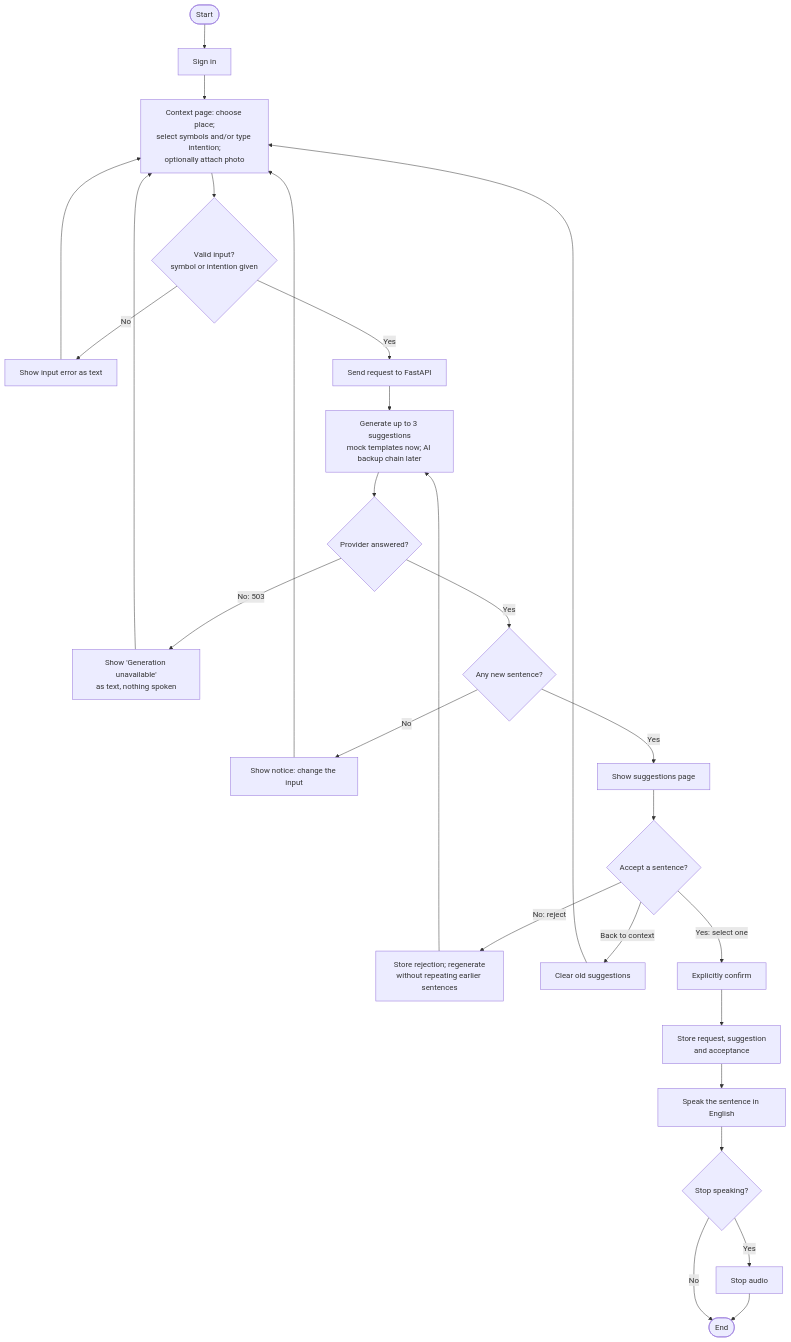
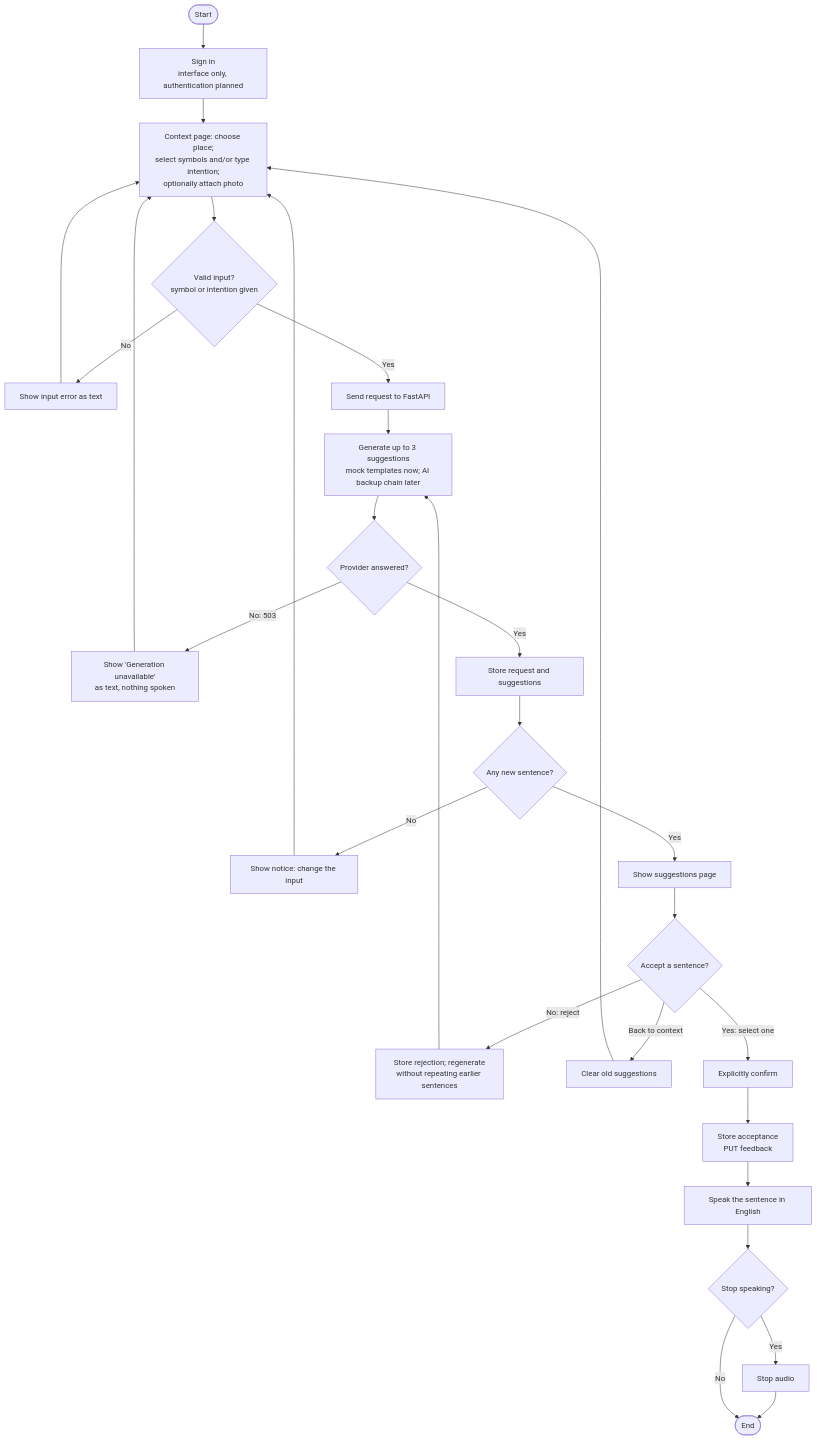
The third of 5 diagrams in docs/requirements/SRS.md (bhsei/26B), drawn with Mermaid before and after one commit. The commit also changed other lines of this file, not shown here.

Commit message:
W7 - SRS v0.5; fixed the 24 internal review issues: reuse endpoint, measurable criteria, 4 new requirements (accessibility, no suggestions, backup models, reuse), re-checked evidence with traceability, W7/W12/W16 milestones, corrected figures, owners and open decisions

````diff
--- a/docs/requirements/SRS.md
+++ b/docs/requirements/SRS.md
@@ -358,23 +454,24 @@
 ```mermaid
 flowchart TD
-    S([Start]) --> L[Sign in]
+    S([Start]) --> L[Sign in<br/>interface only, authentication planned]
     L --> C[Context page: choose place;<br/>select symbols and/or type intention;<br/>optionally attach photo]
     C --> V{Valid input?<br/>symbol or intention given}
     V -- No --> E1[Show input error as text] --> C
     V -- Yes --> R[Send request to FastAPI]
     R --> G[Generate up to 3 suggestions<br/>mock templates now; AI backup chain later]
     G --> P{Provider answered?}
     P -- "No: 503" --> E2[Show 'Generation unavailable'<br/>as text, nothing spoken] --> C
-    P -- Yes --> N{Any new sentence?}
+    P -- Yes --> ST[Store request and suggestions]
+    ST --> N{Any new sentence?}
     N -- No --> E3[Show notice: change the input] --> C
     N -- Yes --> SG[Show suggestions page]
     SG --> A{Accept a sentence?}
     A -- "No: reject" --> RJ[Store rejection; regenerate<br/>without repeating earlier sentences] --> G
     A -- "Back to context" --> CL[Clear old suggestions] --> C
     A -- "Yes: select one" --> CF[Explicitly confirm]
-    CF --> SV[Store request, suggestion<br/>and acceptance]
+    CF --> SV[Store acceptance<br/>PUT feedback]
     SV --> SP[Speak the sentence in English]
     SP --> STP{Stop speaking?}
     STP -- Yes --> X[Stop audio] --> EN([End])
     STP -- No --> EN
 ```
````
